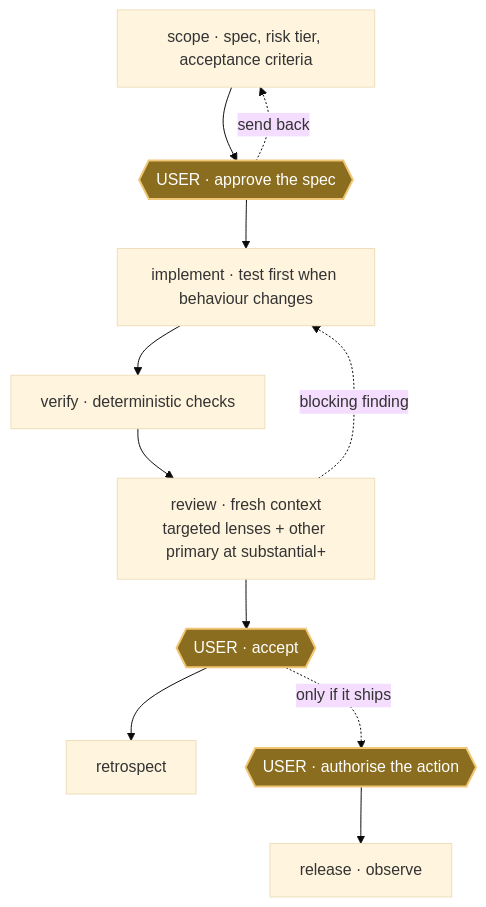
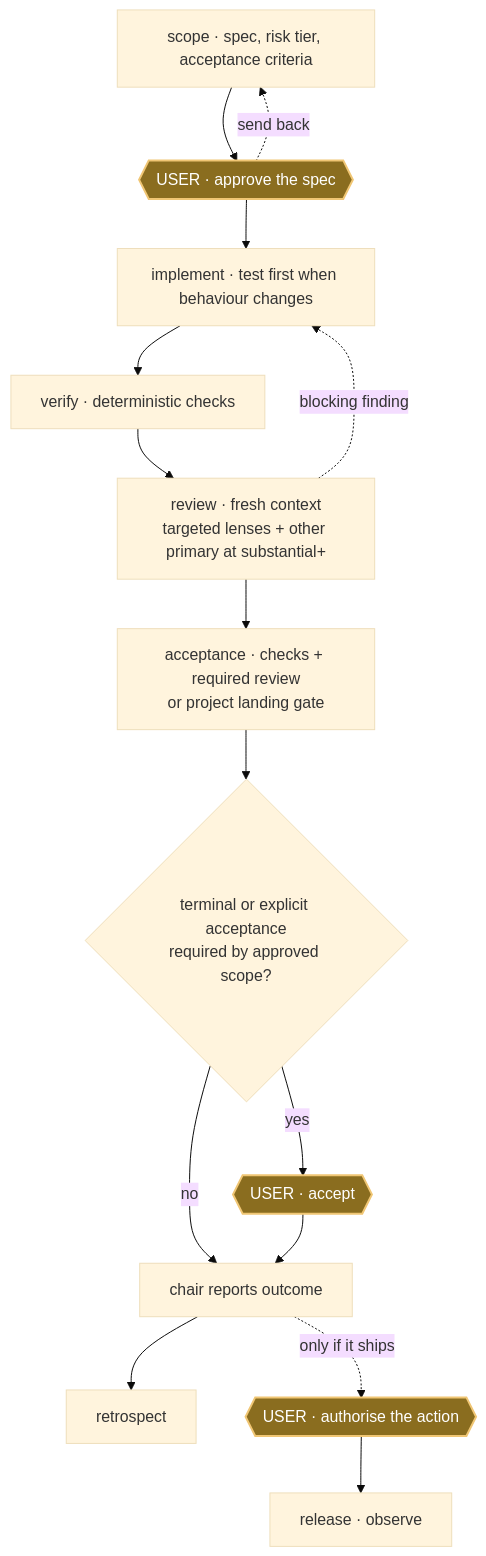
One commit to mblauberg/provenant changed the second of 2 diagrams in README.md. Above: the diagram before and after it, drawn with Mermaid (base theme). The commit also changed other lines of this file and 45 other files, not shown here.

Commit message:
docs: align delivery acceptance with checks

````diff
--- a/README.md
+++ b/README.md
@@ -227,18 +231,22 @@
 ```mermaid
 flowchart TB
-    accTitle: The delivery loop and its three user gates
-    accDescr: After a session sets up clean context, the deliver kernel runs the loop top to bottom: scope writes the specification and risk tier, a user gate approves it, implement writes the test first whenever observable behaviour changes, verify runs deterministic checks, and review reads the work in a fresh context that never wrote it, using targeted lenses plus the other primary from the substantial tier up. Two dotted edges return: the approval gate sends the plan back to scope, and a blocking review finding sends the work back to implement for a bounded repair. A user gate then accepts, leading to retrospect and the next cycle. Release and observe sit outside the loop, behind a third user gate that authorises the external action.
+    accTitle: The delivery loop and its user gates
+    accDescr: After a session sets up clean context, the deliver kernel runs the loop top to bottom: scope writes the specification and risk tier, a user gate approves it, implement writes the test first whenever observable behaviour changes, verify runs deterministic checks, and review reads the work in a fresh context that never wrote it, using targeted lenses plus the other primary from the substantial tier up. Two dotted edges return: the approval gate sends the plan back to scope, and a blocking review finding sends the work back to implement for a bounded repair. Checks and required review meet acceptance; terminal work and approved scope may require explicit user acceptance. The chair reports the outcome and the user may reject it. Release and observe sit outside the loop, behind a separate user gate that authorises the external action.
     SC["scope · spec, risk tier, acceptance criteria"] --> G1{{"USER · approve the spec"}}
     G1 -. "send back" .-> SC
     G1 --> IM["implement · test first when behaviour changes"]
     IM --> VF["verify · deterministic checks"]
     VF --> RV["review · fresh context<br/>targeted lenses + other primary at substantial+"]
     RV -. "blocking finding" .-> IM
-    RV --> G2{{"USER · accept"}}
-    G2 --> RT["retrospect"]
-    G2 -. "only if it ships" .-> G3{{"USER · authorise the action"}}
+    RV --> AC["acceptance · checks + required review<br/>or project landing gate"]
+    AC --> Q{"terminal or explicit acceptance<br/>required by approved scope?"}
+    Q -- "yes" --> G2{{"USER · accept"}}
+    Q -- "no" --> OUT["chair reports outcome"]
+    G2 --> OUT
+    OUT --> RT["retrospect"]
+    OUT -. "only if it ships" .-> G3{{"USER · authorise the action"}}
     G3 --> RL["release · observe"]
 
     classDef gate fill:#8a6d1f,stroke:#f0c674,color:#ffffff,stroke-width:2px
     class G1,G2,G3 gate
 ```
````
